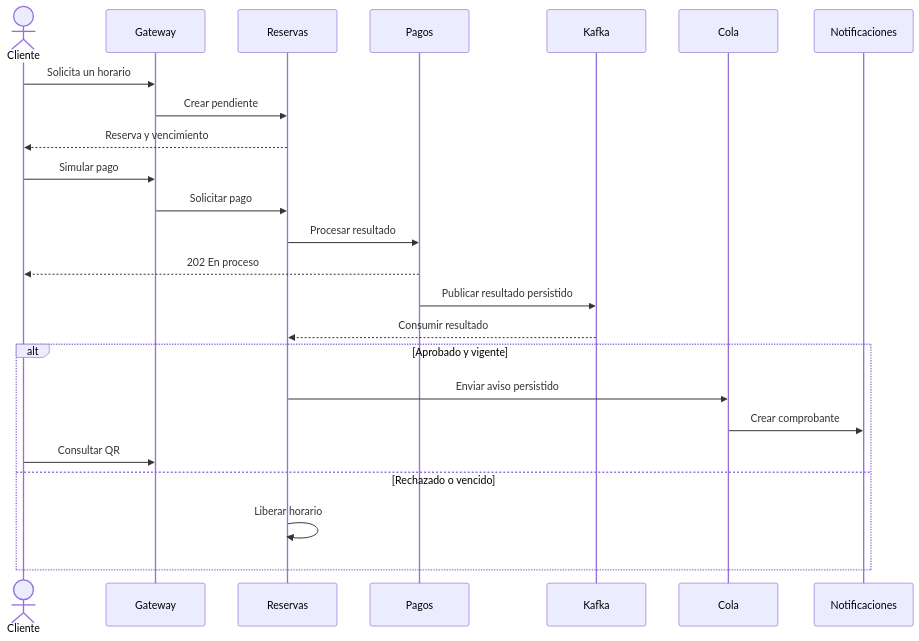
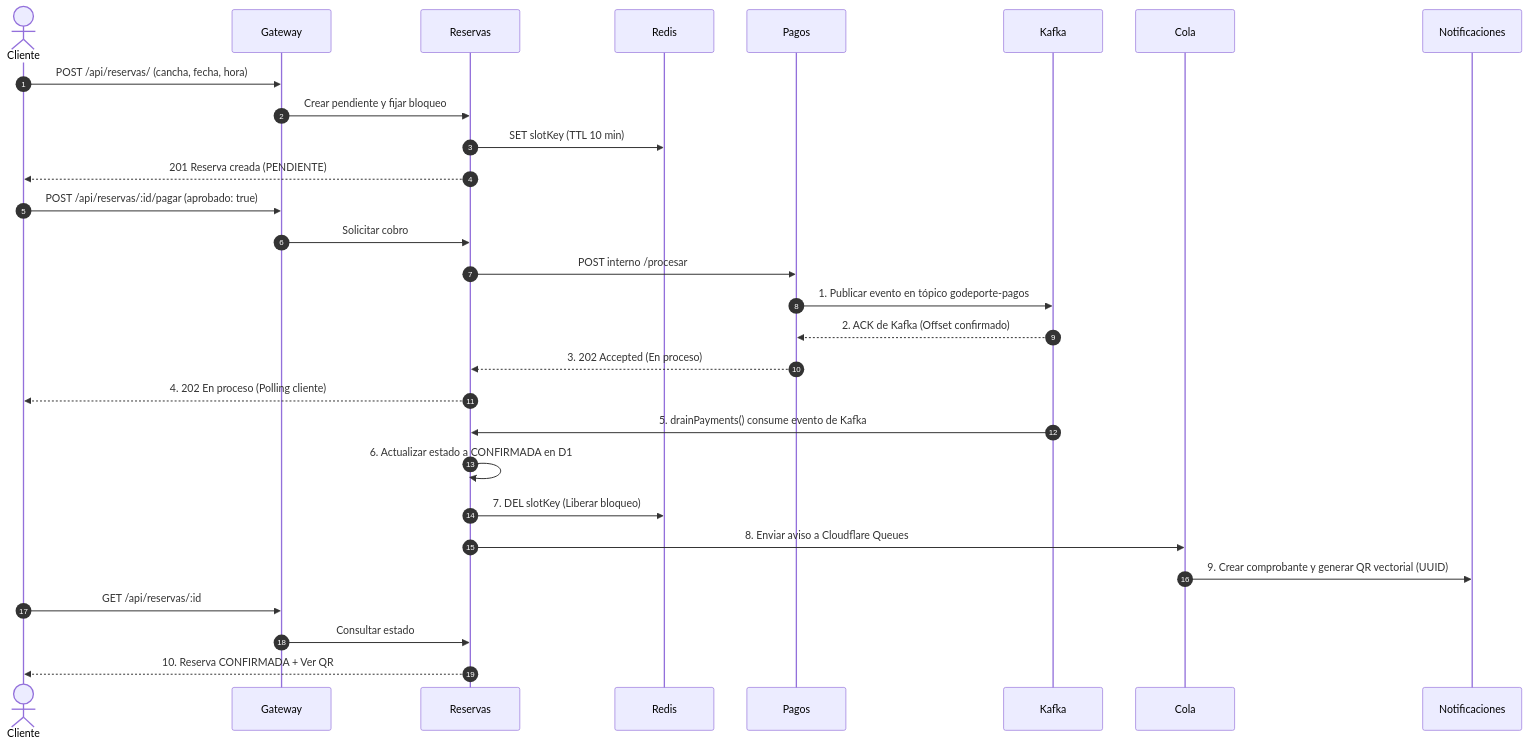
The third of 3 diagrams in docs/arquitectura.md (JheanLL/godeporte), drawn with Mermaid before and after one commit. The commit also changed other lines of this file and 8 other files, not shown here.

Commit message:
fix(kafka): sticky routing base_uri, consumer group dinamico y desacoplamiento de pagos

````diff
--- a/docs/arquitectura.md
+++ b/docs/arquitectura.md
@@ -36,26 +71,35 @@
 ```mermaid
 sequenceDiagram
+  autonumber
   actor Cliente
   participant Gateway
   participant Reservas
+  participant Redis
   participant Pagos
   participant Kafka
   participant Cola
   participant Notificaciones
-  Cliente->>Gateway: Solicita un horario
-  Gateway->>Reservas: Crear pendiente
-  Reservas-->>Cliente: Reserva y vencimiento
-  Cliente->>Gateway: Simular pago
-  Gateway->>Reservas: Solicitar pago
-  Reservas->>Pagos: Procesar resultado
-  Pagos-->>Cliente: 202 En proceso
-  Pagos->>Kafka: Publicar resultado persistido
-  Kafka-->>Reservas: Consumir resultado
-  alt Aprobado y vigente
-    Reservas->>Cola: Enviar aviso persistido
-    Cola->>Notificaciones: Crear comprobante
-    Cliente->>Gateway: Consultar QR
-  else Rechazado o vencido
-    Reservas->>Reservas: Liberar horario
-  end
+
+  Cliente->>Gateway: POST /api/reservas/ (cancha, fecha, hora)
+  Gateway->>Reservas: Crear pendiente y fijar bloqueo
+  Reservas->>Redis: SET slotKey (TTL 10 min)
+  Reservas-->>Cliente: 201 Reserva creada (PENDIENTE)
+
+  Cliente->>Gateway: POST /api/reservas/:id/pagar (aprobado: true)
+  Gateway->>Reservas: Solicitar cobro
+  Reservas->>Pagos: POST interno /procesar
+  Pagos->>Kafka: 1. Publicar evento en tópico godeporte-pagos
+  Kafka-->>Pagos: 2. ACK de Kafka (Offset confirmado)
+  Pagos-->>Reservas: 3. 202 Accepted (En proceso)
+  Reservas-->>Cliente: 4. 202 En proceso (Polling cliente)
+
+  Kafka->>Reservas: 5. drainPayments() consume evento de Kafka
+  Reservas->>Reservas: 6. Actualizar estado a CONFIRMADA en D1
+  Reservas->>Redis: 7. DEL slotKey (Liberar bloqueo)
+  Reservas->>Cola: 8. Enviar aviso a Cloudflare Queues
+  Cola->>Notificaciones: 9. Crear comprobante y generar QR vectorial (UUID)
+
+  Cliente->>Gateway: GET /api/reservas/:id
+  Gateway->>Reservas: Consultar estado
+  Reservas-->>Cliente: 10. Reserva CONFIRMADA + Ver QR
 ```
````
